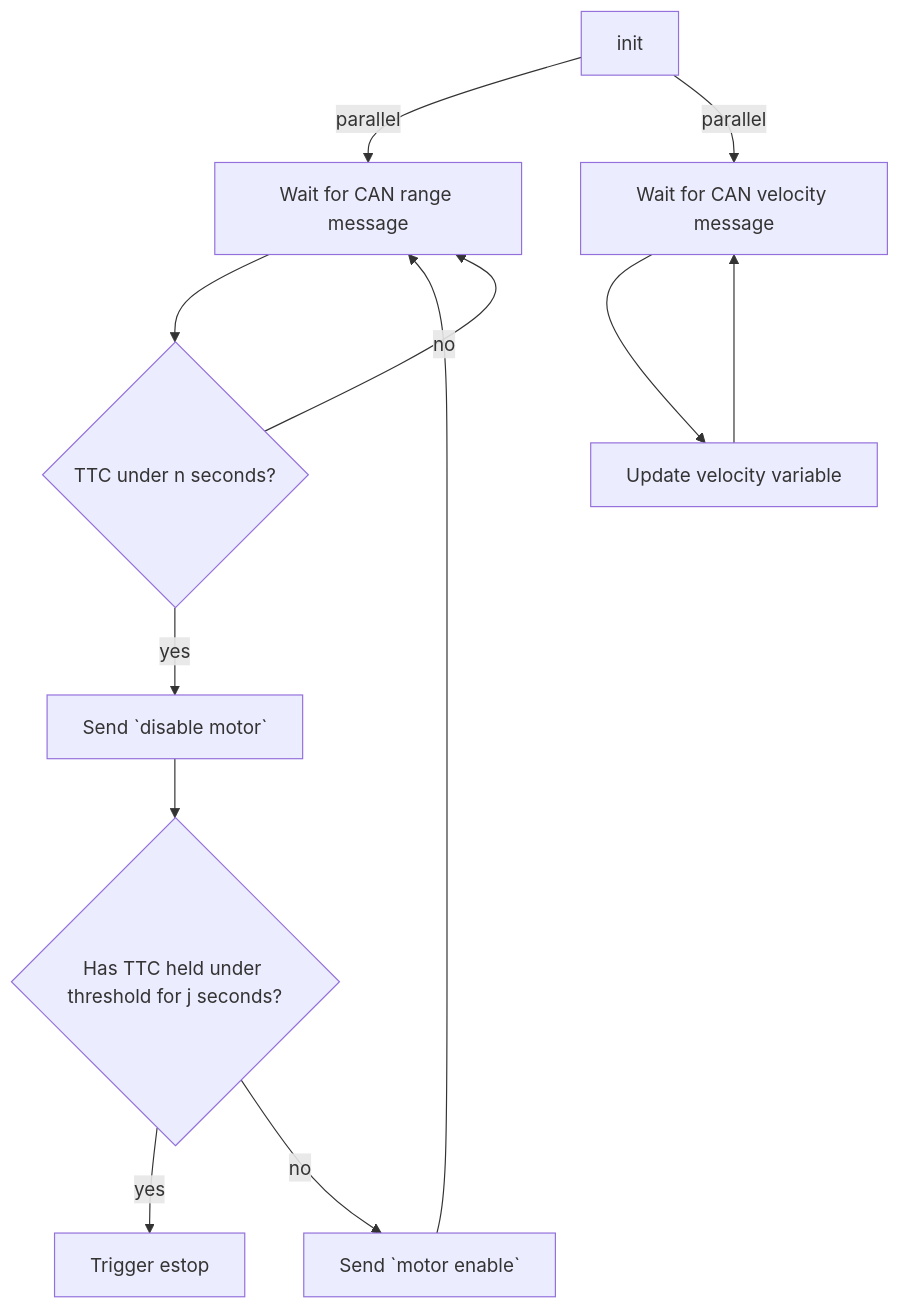
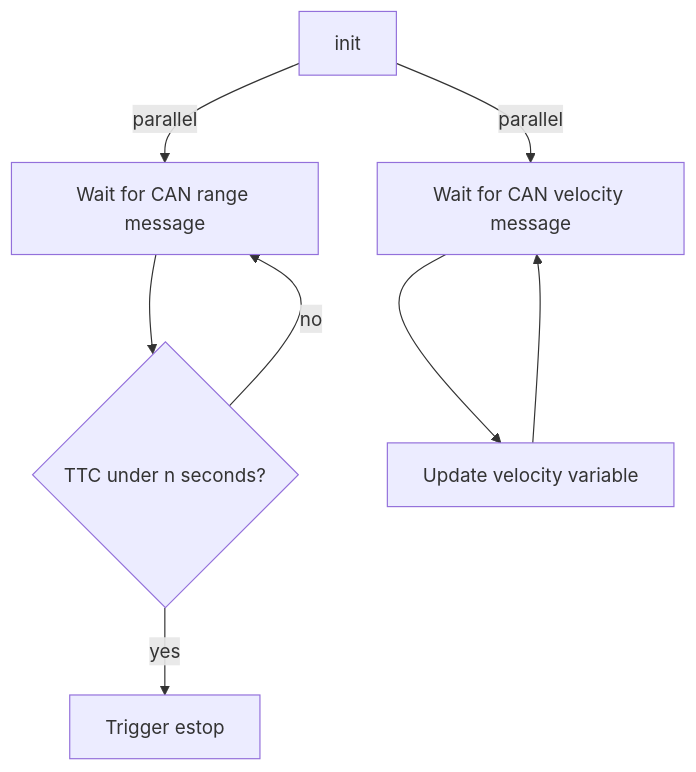
One commit to ISC-Project-Phoenix/design changed the diagram in software/AEB.md. Above: the diagram before and after it, drawn with Mermaid. The commit also changed other lines of this file and 7 other files, not shown here.

````diff
--- a/software/AEB.md
+++ b/software/AEB.md
@@ -19,16 +19,11 @@
 ```mermaid
 graph TD
     A[init] --parallel--> wait[Wait for CAN range message]
     wait --> B{TTC under n seconds?}
     A --parallel--> vel[Wait for CAN velocity message]
         vel --> velrec[Update velocity variable]
         velrec --> vel
 
-    B -- yes --> C[Send `disable motor`]
-    C --> D{Has TTC held under threshold for j seconds?}
-        D -- yes --> E[Trigger estop]
-        D -- no --> F[Send `motor enable`]
-            F --> wait
-    
+    B -- yes --> E[Trigger estop]
     B -- no --> wait
 ```
````
